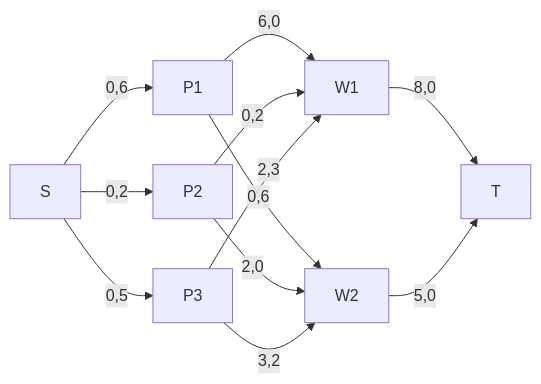
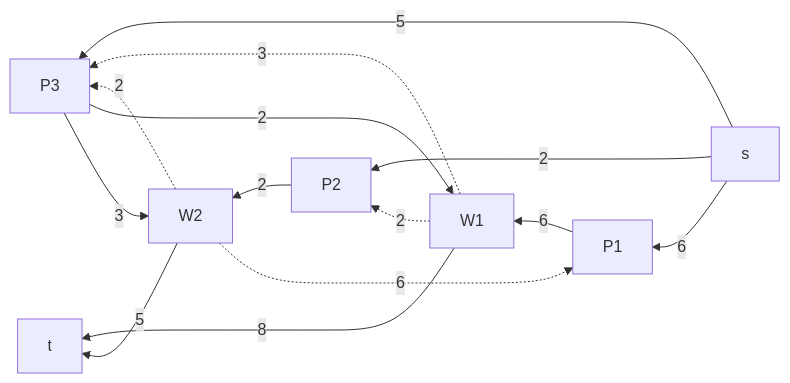
Before and after one commit to hse-algo-24-crow/manual-tasks-crow: the fifth of 6 diagrams in task-11/digital-racers-task-11+.md, drawn with Mermaid. The commit also changed other lines of this file, not shown here.

````diff
--- a/task-11/digital-racers-task-11+.md
+++ b/task-11/digital-racers-task-11+.md
@@ -194,14 +158,16 @@
 ```mermaid
-graph LR
-    S-->|0,6|P1
-    S-->|0,2|P2
-    S-->|0,5|P3
-    P1-->|6,0|W1
-    P1-->|0,6|W2
-    P2-->|0,2|W1
-    P2-->|2,0|W2
-    P3-->|2,3|W1
-    P3-->|3,2|W2
-    W1-->|8,0|T
-    W2-->|5,0|T
+graph RL
+    s-->|6|P1
+    s-->|2|P2
+    s-->|5|P3
+    P1-->|6|W1
+    W2-.->|6|P1
+    W1-.->|2|P2
+    P2-->|2|W2
+    W1-.->|3|P3
+    P3-->|2|W1
+    P3-->|3|W2
+    W2-.->|2|P3
+    W1-->|8|t
+    W2-->|5|t
 ```
````
